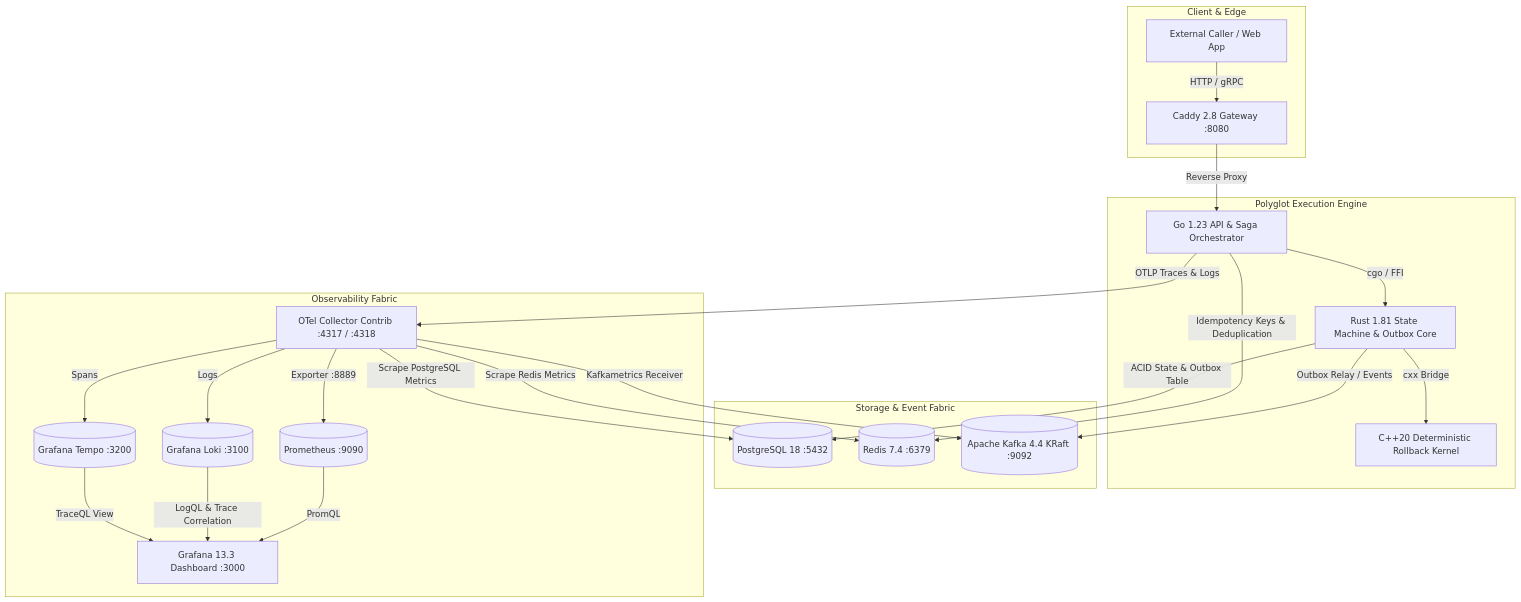
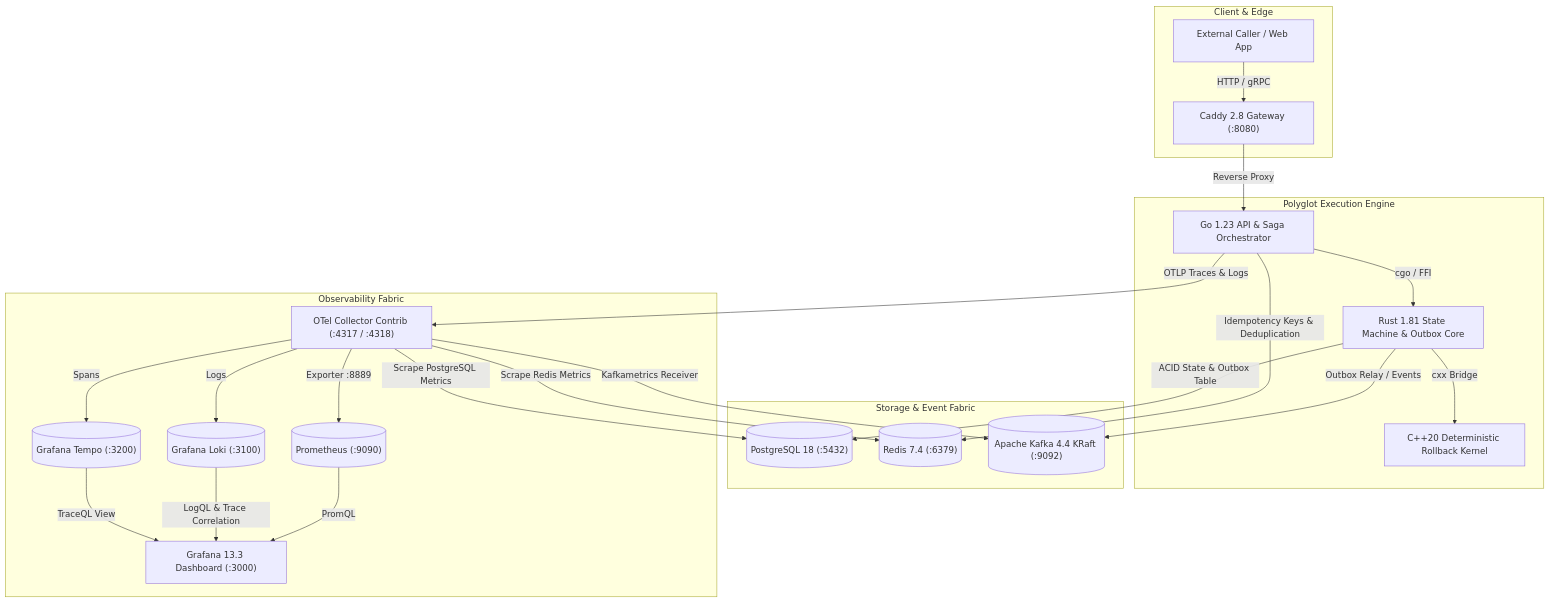
The diagram in docs/features/tech-stack/README.md (Chief-Strategist-J/distributed-transaction-engine), drawn with Mermaid before and after one commit. The commit also changed 3 other files, not shown here.

Commit message:
docs(tech-stack): add single-source TECH_STACK_MASTER.md and fix Mermaid diagram syntax

````diff
--- a/docs/features/tech-stack/README.md
+++ b/docs/features/tech-stack/README.md
@@ -68,33 +68,33 @@
 ```mermaid
 graph TB
     subgraph Client & Edge
-        Client[External Caller / Web App] -->|HTTP / gRPC| Caddy[Caddy 2.8 Gateway :8080]
+        Client["External Caller / Web App"] -->|HTTP / gRPC| Caddy["Caddy 2.8 Gateway (:8080)"]
     end
 
     subgraph Polyglot Execution Engine
-        Caddy -->|Reverse Proxy| GoAPI[Go 1.23 API & Saga Orchestrator]
-        GoAPI -->|cgo / FFI| RustCore[Rust 1.81 State Machine & Outbox Core]
-        RustCore -->|cxx Bridge| CppMath[C++20 Deterministic Rollback Kernel]
+        Caddy -->|Reverse Proxy| GoAPI["Go 1.23 API & Saga Orchestrator"]
+        GoAPI -->|cgo / FFI| RustCore["Rust 1.81 State Machine & Outbox Core"]
+        RustCore -->|cxx Bridge| CppMath["C++20 Deterministic Rollback Kernel"]
     end
 
     subgraph Storage & Event Fabric
-        RustCore -->|ACID State & Outbox Table| PG[(PostgreSQL 18 :5432)]
-        GoAPI -->|Idempotency Keys & Deduplication| Redis[(Redis 7.4 :6379)]
-        RustCore -->|Outbox Relay / Events| Kafka[(Apache Kafka 4.4 KRaft :9092)]
+        RustCore -->|ACID State & Outbox Table| PG[("PostgreSQL 18 (:5432)")]
+        GoAPI -->|Idempotency Keys & Deduplication| Redis[("Redis 7.4 (:6379)")]
+        RustCore -->|Outbox Relay / Events| Kafka[("Apache Kafka 4.4 KRaft (:9092)")]
     end
 
     subgraph Observability Fabric
-        GoAPI -->|OTLP Traces & Logs| OTelCol[OTel Collector Contrib :4317 / :4318]
+        GoAPI -->|OTLP Traces & Logs| OTelCol["OTel Collector Contrib (:4317 / :4318)"]
         OTelCol -->|Scrape PostgreSQL Metrics| PG
         OTelCol -->|Scrape Redis Metrics| Redis
         OTelCol -->|Kafkametrics Receiver| Kafka
         
-        OTelCol -->|Spans| Tempo[(Grafana Tempo :3200)]
-        OTelCol -->|Logs| Loki[(Grafana Loki :3100)]
-        OTelCol -->|Exporter :8889| Prom[(Prometheus :9090)]
+        OTelCol -->|Spans| Tempo[("Grafana Tempo (:3200)")]
+        OTelCol -->|Logs| Loki[("Grafana Loki (:3100)")]
+        OTelCol -->|Exporter :8889| Prom[("Prometheus (:9090)")]
         
-        Tempo -->|TraceQL View| Grafana[Grafana 13.3 Dashboard :3000]
+        Tempo -->|TraceQL View| Grafana["Grafana 13.3 Dashboard (:3000)"]
         Loki -->|LogQL & Trace Correlation| Grafana
         Prom -->|PromQL| Grafana
     end
 ```
````
